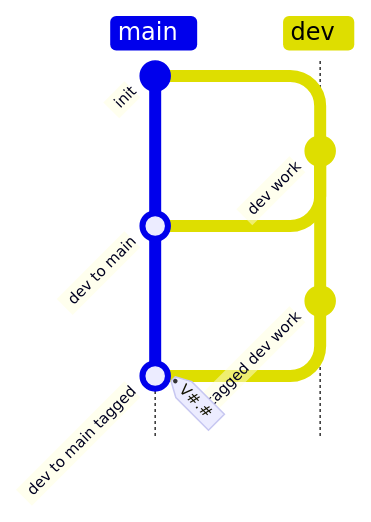
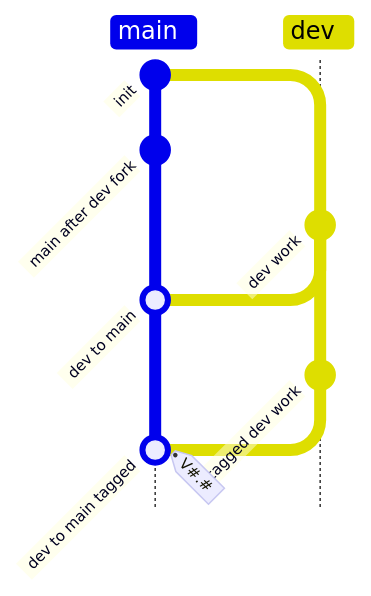
The diagram in configs/dev-only/contribution.md (ylang-ylang/gitguard), drawn with Mermaid before and after one commit. The commit also changed 12 other files, not shown here.

Commit message:
Add case branch flow configs

````diff
--- a/configs/dev-only/contribution.md
+++ b/configs/dev-only/contribution.md
@@ -3,15 +3,20 @@
 ```mermaid
 gitGraph TB:
     commit id:"init"
-    branch dev
+
+    checkout main
+    branch dev order: 1
+    checkout main
+    commit id:"main after dev fork"
+
     checkout dev
     commit id:"dev work"
 
     checkout main
     merge dev id:"dev to main"
 
     checkout dev
     commit id:"tagged dev work"
     checkout main
     merge dev id:"dev to main tagged" tag:"V#.#"
 ```
````
